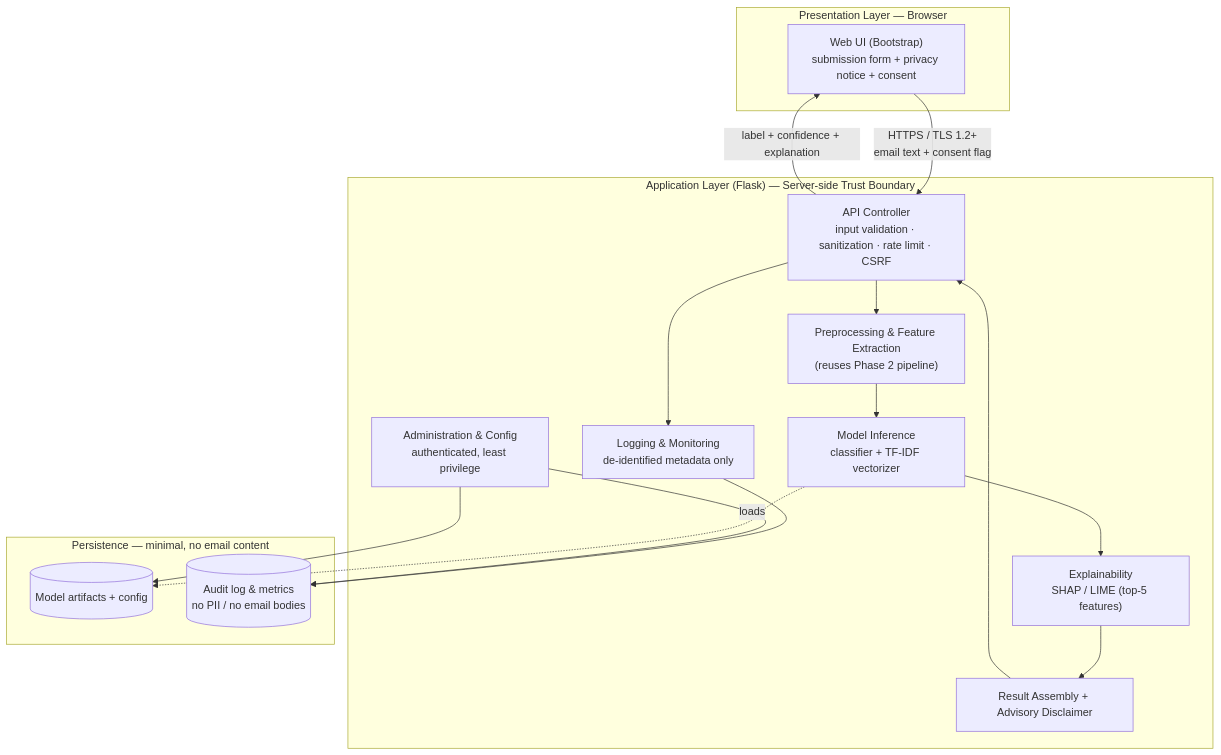
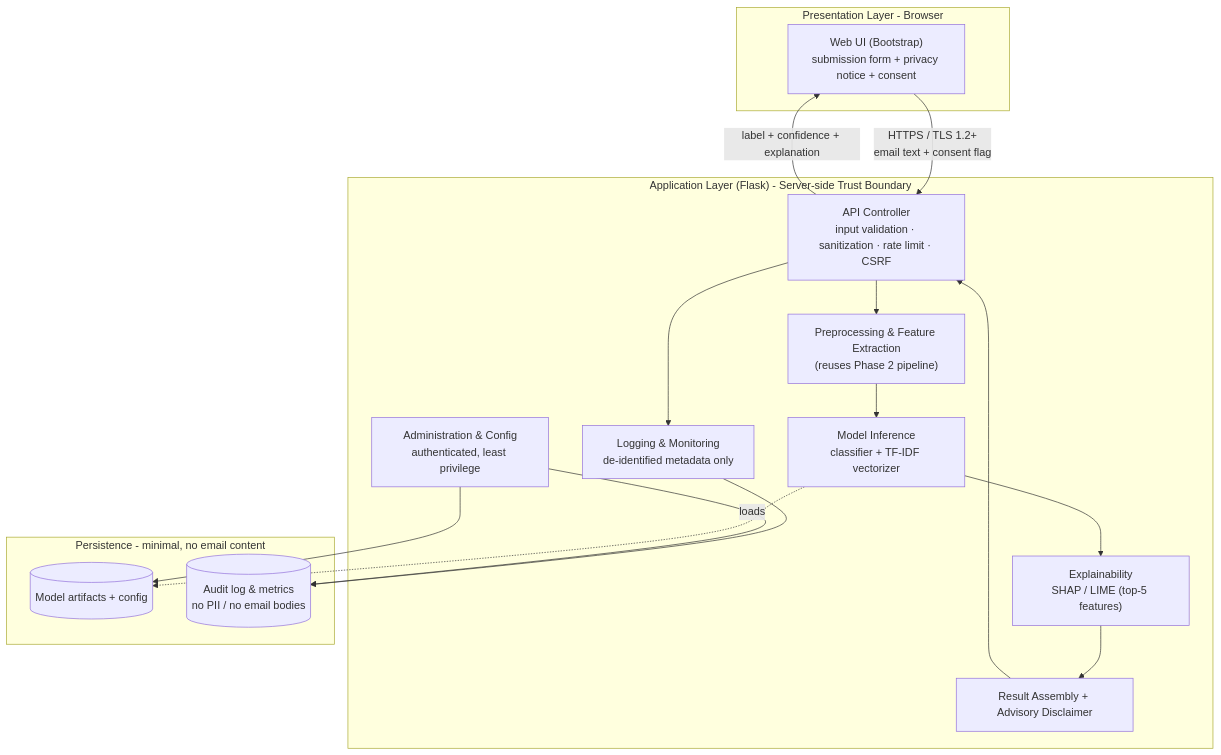
The first of 3 diagrams in docs/SDD.md (Hassanolowofela/PhishGuard-Capstone), drawn with Mermaid before and after one commit. The commit also changed other lines of this file and 2 other files, not shown here.

````diff
--- a/docs/SDD.md
+++ b/docs/SDD.md
@@ -144,29 +144,29 @@
 ```mermaid
 flowchart TB
-    subgraph Client["Presentation Layer — Browser"]
+    subgraph Client["Presentation Layer - Browser"]
         UI["Web UI (Bootstrap)<br/>submission form + privacy notice + consent"]
     end
 
-    subgraph Server["Application Layer (Flask) — Server-side Trust Boundary"]
+    subgraph Server["Application Layer (Flask) - Server-side Trust Boundary"]
         CTRL["API Controller<br/>input validation · sanitization · rate limit · CSRF"]
         PRE["Preprocessing &amp; Feature Extraction<br/>(reuses Phase 2 pipeline)"]
         INF["Model Inference<br/>classifier + TF-IDF vectorizer"]
         EXP["Explainability<br/>SHAP / LIME (top-5 features)"]
         RES["Result Assembly + Advisory Disclaimer"]
         LOG["Logging &amp; Monitoring<br/>de-identified metadata only"]
         ADM["Administration &amp; Config<br/>authenticated, least privilege"]
     end
 
-    subgraph Store["Persistence — minimal, no email content"]
+    subgraph Store["Persistence - minimal, no email content"]
         ART[("Model artifacts + config")]
         AUD[("Audit log &amp; metrics<br/>no PII / no email bodies")]
     end
 
     UI -- "HTTPS / TLS 1.2+<br/>email text + consent flag" --> CTRL
     CTRL --> PRE --> INF --> EXP --> RES --> CTRL
     CTRL -- "label + confidence + explanation" --> UI
     INF -. loads .-> ART
     CTRL --> LOG --> AUD
     ADM --> ART
     ADM --> AUD
 ```
````
